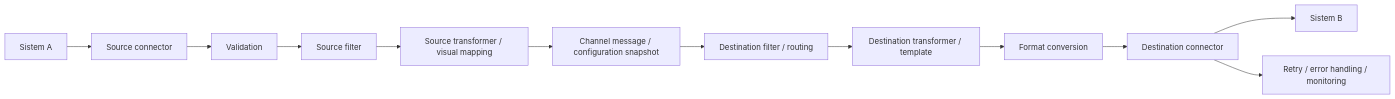
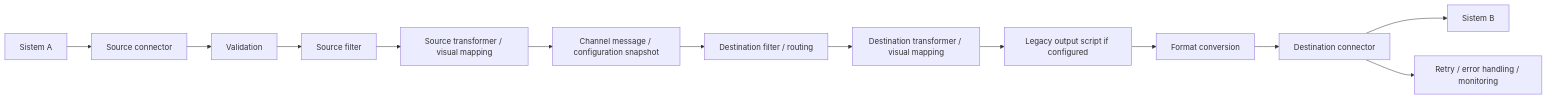
The diagram in docs/MIRTH_LITE_UI.md (mariaanggelika11/Mirth-Connect), drawn with Mermaid before and after one commit. The commit also changed other lines of this file and 123 other files, not shown here.

````diff
--- a/docs/MIRTH_LITE_UI.md
+++ b/docs/MIRTH_LITE_UI.md
@@ -7,14 +9,15 @@
 ```mermaid
 flowchart LR
   A[Sistem A] --> S[Source connector]
   S --> V[Validation]
   V --> F[Source filter]
   F --> T[Source transformer / visual mapping]
   T --> M[Channel message / configuration snapshot]
   M --> DF[Destination filter / routing]
-  DF --> DT[Destination transformer / template]
-  DT --> C[Format conversion]
+  DF --> DT[Destination transformer / visual mapping]
+  DT --> LT[Legacy output script if configured]
+  LT --> C[Format conversion]
   C --> D[Destination connector]
   D --> B[Sistem B]
   D --> R[Retry / error handling / monitoring]
 ```
````
